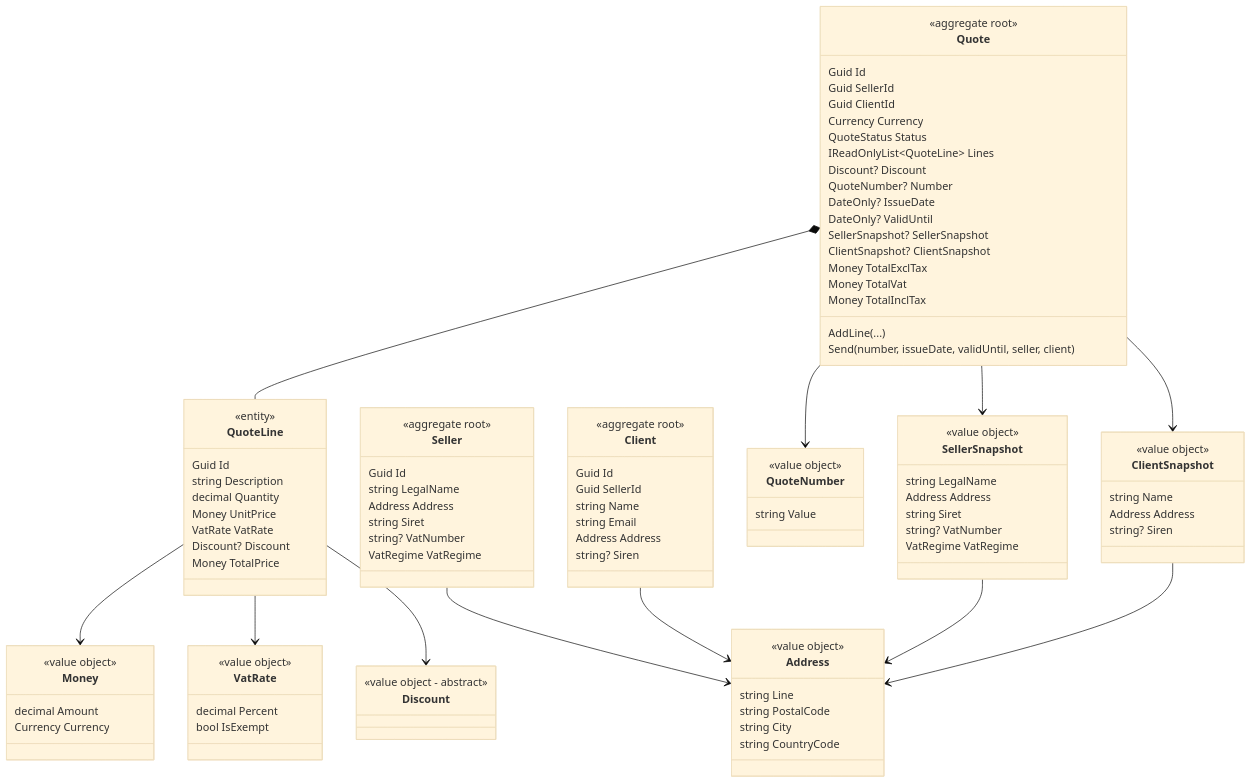
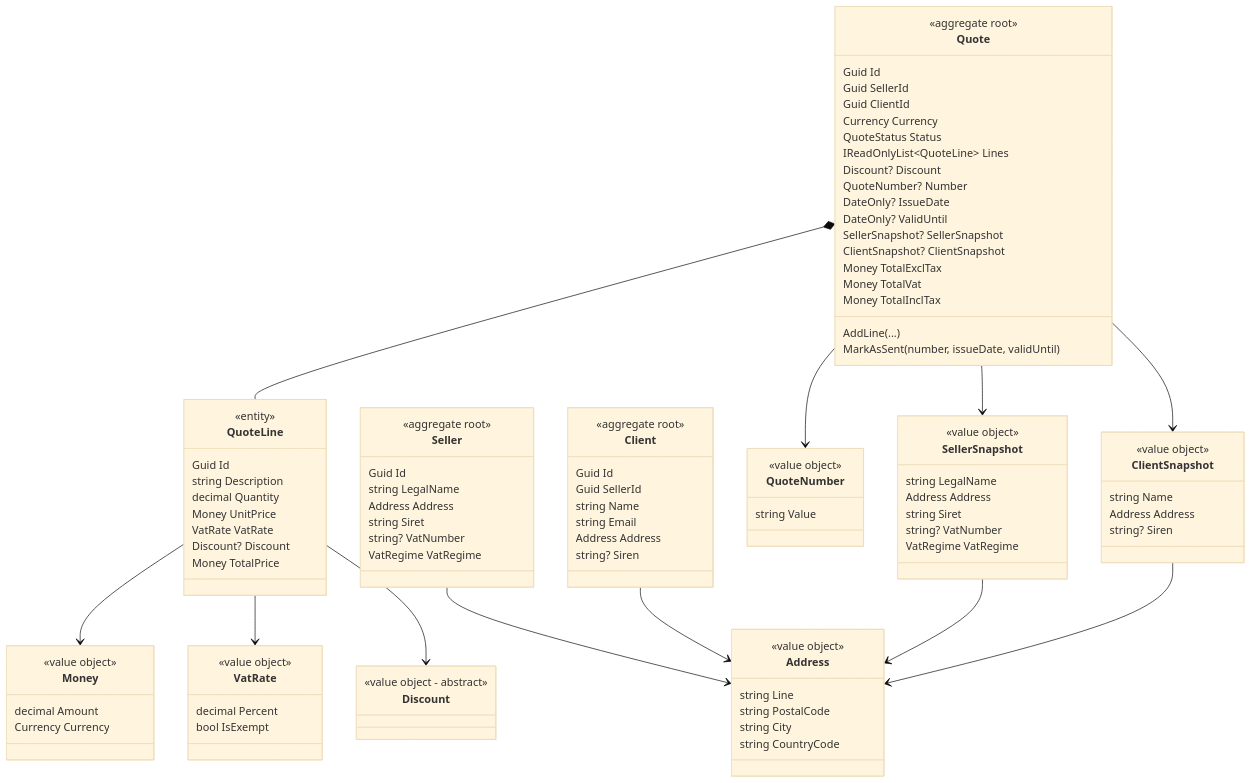
One commit to MarineLouWork/ChaChing changed the second of 3 diagrams in docs/domain-model.md. Above: the diagram before and after it, drawn with Mermaid (base theme). The commit also changed other lines of this file and 7 other files, not shown here.

First line of the commit message:
feat + tests(quote): lifecycle (MarkAsSent/Accepted/Declined, ReturnToDraft), QuoteNumber, draft-only edits

```diff
--- a/docs/domain-model.md
+++ b/docs/domain-model.md
@@ -80,7 +80,7 @@
         SellerSnapshot? SellerSnapshot
         ClientSnapshot? ClientSnapshot
         AddLine(...)
-        Send(number, issueDate, validUntil, seller, client)
+        MarkAsSent(number, issueDate, validUntil)
         Money TotalExclTax
         Money TotalVat
         Money TotalInclTax
```
